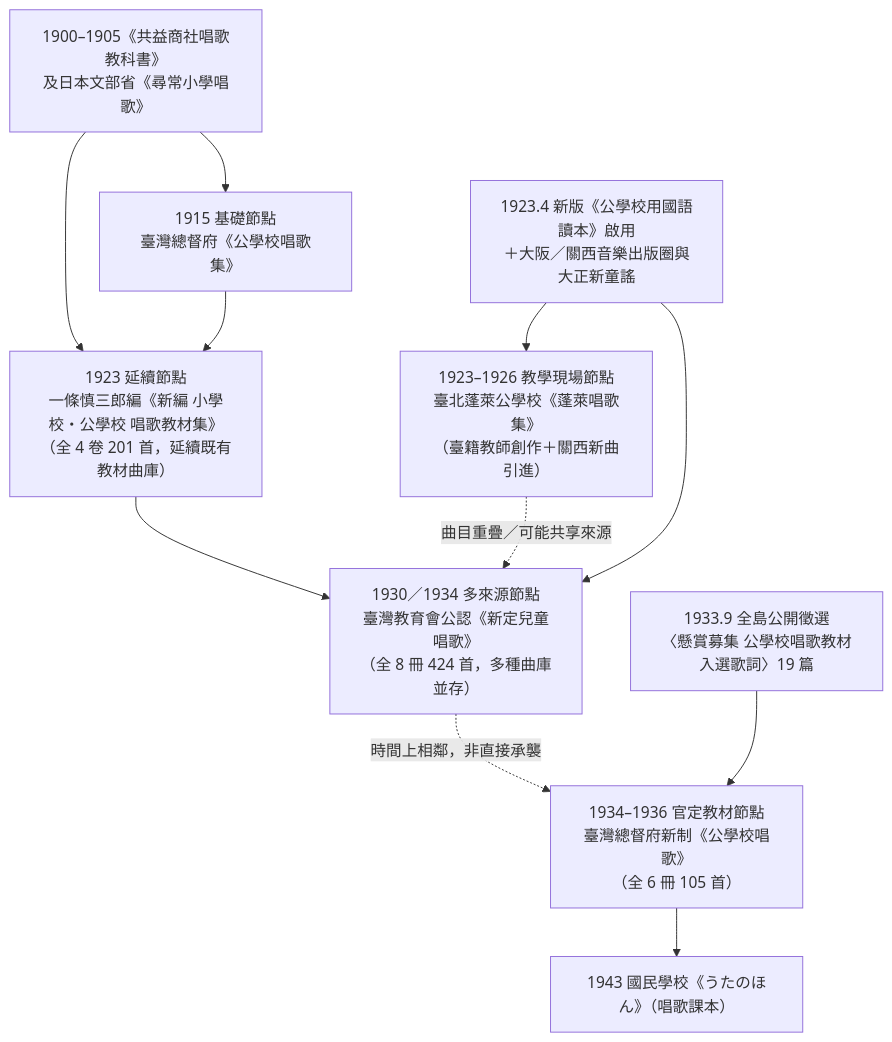
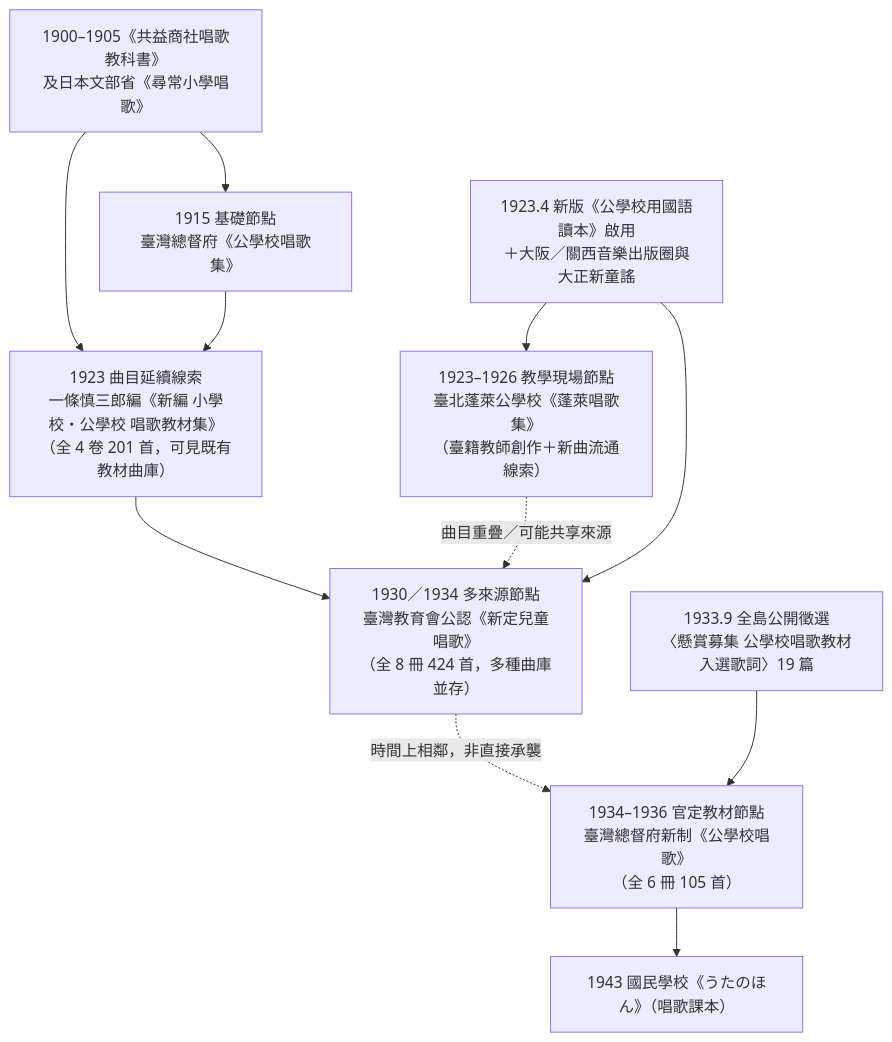
Before and after one commit to TMDLang/reshoka: the diagram in docs/shoka_genealogy.md, drawn with Mermaid. The commit also changed other lines of this file and 118 other files, not shown here.

````diff
--- a/docs/shoka_genealogy.md
+++ b/docs/shoka_genealogy.md
@@ -26,16 +32,16 @@
 ```mermaid
 flowchart TD
     K1902["1900–1905《共益商社唱歌教科書》<br/>及日本文部省《尋常小學唱歌》"] --> S1915["1915 基礎節點<br/>臺灣總督府《公學校唱歌集》"]
-    K1902 --> S1923["1923 延續節點<br/>一條慎三郎編《新編 小學校・公學校 唱歌教材集》<br/>（全 4 卷 201 首，延續既有教材曲庫）"]
+    K1902 --> S1923["1923 曲目延續線索<br/>一條慎三郎編《新編 小學校・公學校 唱歌教材集》<br/>（全 4 卷 201 首，可見既有教材曲庫）"]
     S1915 --> S1923
 
-    R1923["1923.4 新版《公學校用國語讀本》啟用<br/>＋大阪／關西音樂出版圈與大正新童謠"] --> H1925["1923–1926 教學現場節點<br/>臺北蓬萊公學校《蓬萊唱歌集》<br/>（臺籍教師創作＋關西新曲引進）"]
+    R1923["1923.4 新版《公學校用國語讀本》啟用<br/>＋大阪／關西音樂出版圈與大正新童謠"] --> H1925["1923–1926 教學現場節點<br/>臺北蓬萊公學校《蓬萊唱歌集》<br/>（臺籍教師創作＋新曲流通線索）"]
 
     S1923 --> N1930["1930／1934 多來源節點<br/>臺灣教育會公認《新定兒童唱歌》<br/>（全 8 冊 424 首，多種曲庫並存）"]
     H1925 -. "曲目重疊／可能共享來源" .-> N1930
     R1923 --> N1930
 
     N1930 -. "時間上相鄰，非直接承襲" .-> K1934["1934–1936 官定教材節點<br/>臺灣總督府新制《公學校唱歌》<br/>（全 6 冊 105 首）"]
     C1933["1933.9 全島公開徵選<br/>〈懸賞募集 公學校唱歌教材入選歌詞〉19 篇"] --> K1934
     K1934 --> U1943["1943 國民學校《うたのほん》（唱歌課本）"]
 ```
````
